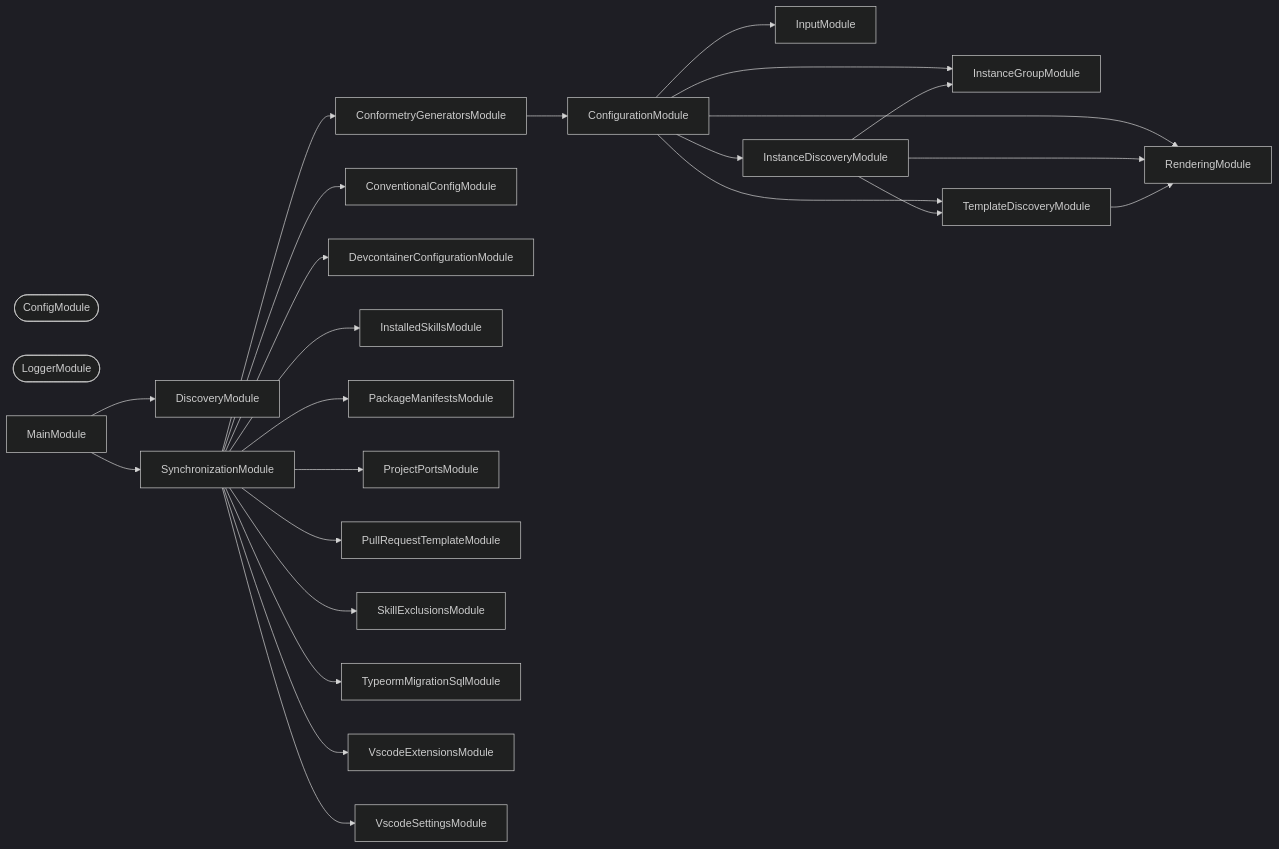
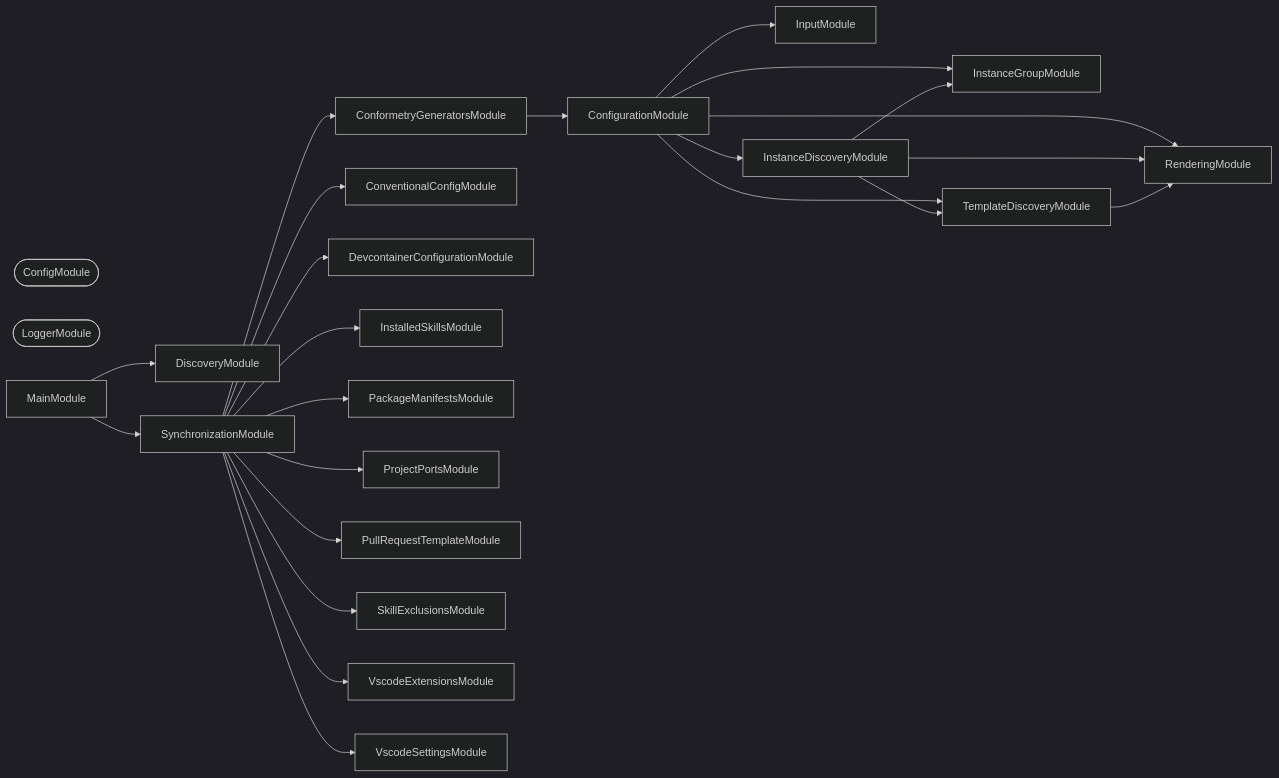
The second of 3 diagrams in synchronization/documentation/codependix.md (organizzolini/codebase), drawn with Mermaid (dark theme) before and after one commit. The commit also changed other lines of this file and 23 other files, not shown here.

First line of the commit message:
refactor(persistence): ♻️ move typeorm-migration-sql into persistence

````diff
--- a/synchronization/documentation/codependix.md
+++ b/synchronization/documentation/codependix.md
@@ -27,48 +27,46 @@
 ```mermaid
 flowchart LR
   ConfigModule([ConfigModule])
   ConfigurationModule
   ConformetryGeneratorsModule
   ConventionalConfigModule
   DevcontainerConfigurationModule
   DiscoveryModule
   InputModule
   InstalledSkillsModule
   InstanceDiscoveryModule
   InstanceGroupModule
   LoggerModule([LoggerModule])
   MainModule
   PackageManifestsModule
   ProjectPortsModule
   PullRequestTemplateModule
   RenderingModule
   SkillExclusionsModule
   SynchronizationModule
   TemplateDiscoveryModule
-  TypeormMigrationSqlModule
   VscodeExtensionsModule
   VscodeSettingsModule
   ConfigurationModule --> InputModule
   ConfigurationModule --> InstanceDiscoveryModule
   ConfigurationModule --> InstanceGroupModule
   ConfigurationModule --> RenderingModule
   ConfigurationModule --> TemplateDiscoveryModule
   ConformetryGeneratorsModule --> ConfigurationModule
   InstanceDiscoveryModule --> InstanceGroupModule
   InstanceDiscoveryModule --> RenderingModule
   InstanceDiscoveryModule --> TemplateDiscoveryModule
   MainModule --> DiscoveryModule
   MainModule --> SynchronizationModule
   SynchronizationModule --> ConformetryGeneratorsModule
   SynchronizationModule --> ConventionalConfigModule
   SynchronizationModule --> DevcontainerConfigurationModule
   SynchronizationModule --> InstalledSkillsModule
   SynchronizationModule --> PackageManifestsModule
   SynchronizationModule --> ProjectPortsModule
   SynchronizationModule --> PullRequestTemplateModule
   SynchronizationModule --> SkillExclusionsModule
-  SynchronizationModule --> TypeormMigrationSqlModule
   SynchronizationModule --> VscodeExtensionsModule
   SynchronizationModule --> VscodeSettingsModule
   TemplateDiscoveryModule --> RenderingModule
 ```
````
